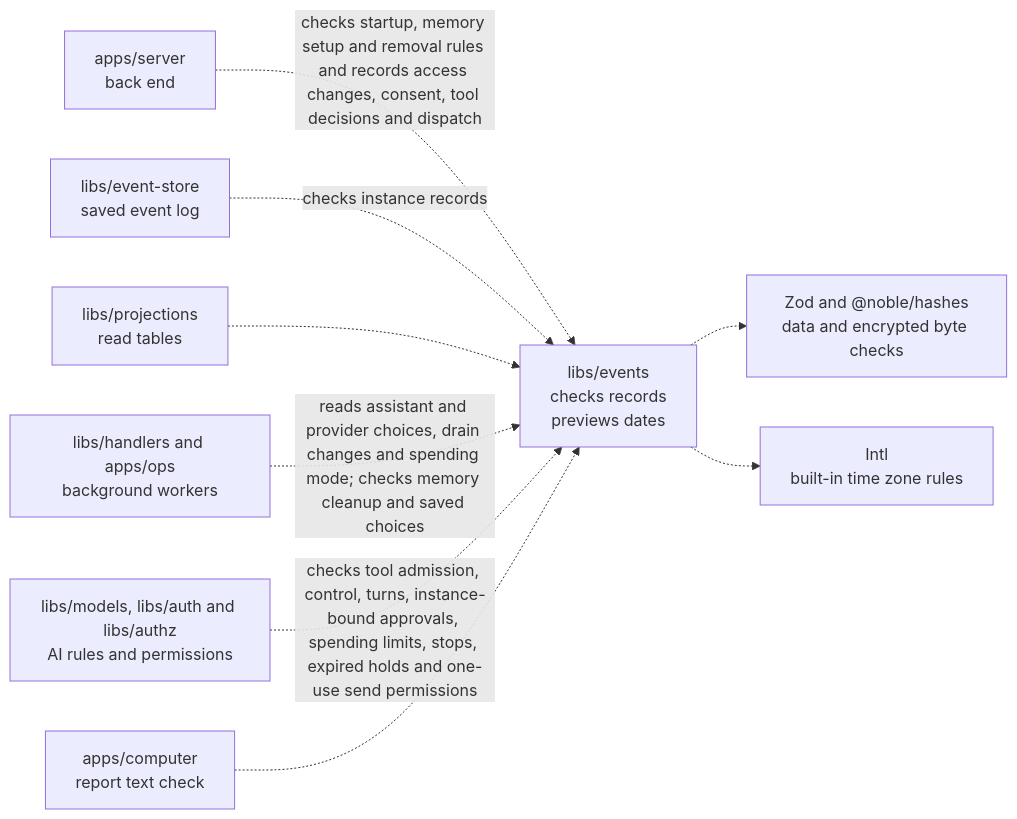
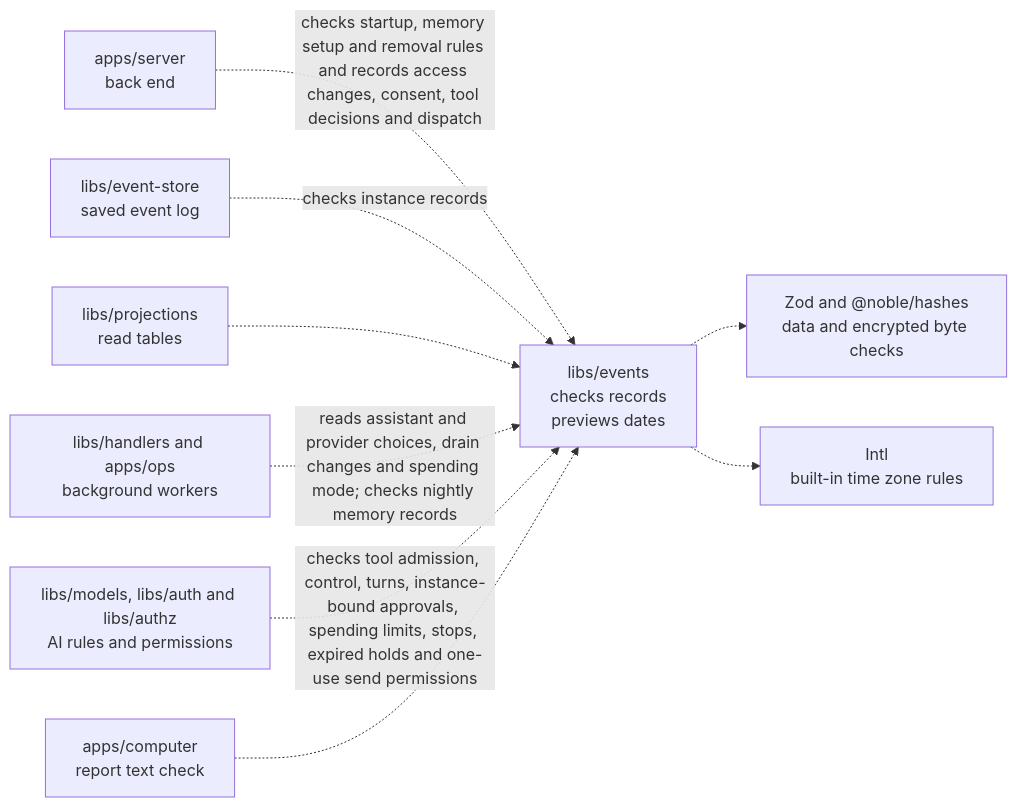
One commit to elewa-git/opencrane-new changed the diagram in libs/events/README.md. Above: the diagram before and after it, drawn with Mermaid. The commit also changed other lines of this file and 26 other files, not shown here.

Commit message:
🌙 Record nightly memory intents and private blocked or missed history

````diff
--- a/libs/events/README.md
+++ b/libs/events/README.md
@@ -25,11 +25,11 @@
 ```mermaid
 flowchart LR
   server["apps/server<br/>back end"] -.->|checks startup, memory setup and removal rules and records access changes, consent, tool decisions and dispatch| events["libs/events<br/>checks records<br/>previews dates"]
   store["libs/event-store<br/>saved event log"] -.->|checks instance records| events
   projections["libs/projections<br/>read tables"] -.-> events
-  workers["libs/handlers and apps/ops<br/>background workers"] -.->|reads assistant and provider choices, drain changes and spending mode; checks memory cleanup and saved choices| events
+  workers["libs/handlers and apps/ops<br/>background workers"] -.->|reads assistant and provider choices, drain changes and spending mode; checks nightly memory records| events["libs/events<br/>checks records<br/>previews dates"]
   others["libs/models, libs/auth and libs/authz<br/>AI rules and permissions"] -.->|checks tool admission, control, turns, instance-bound approvals, spending limits, stops, expired holds and one-use send permissions| events
   computer["apps/computer<br/>report text check"] -.-> events
   events -.-> checks["Zod and @noble/hashes<br/>data and encrypted byte checks"]
   events -.-> zones["Intl<br/>built-in time zone rules"]
 ```
````
